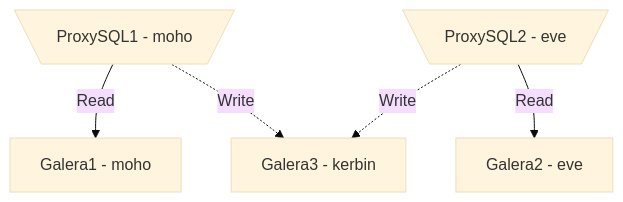
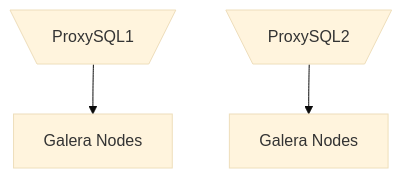
One commit to ckmjreynolds/MariaDB-Stack changed the diagram in README.md. Above: the diagram before and after it, drawn with Mermaid (base theme). The commit also changed other lines of this file and 6 other files, not shown here.

````diff
--- a/README.md
+++ b/README.md
@@ -5,14 +5,10 @@
 ```mermaid
 graph TD
-    proxysql1[\ProxySQL1 - moho/]
-    proxysql2[\ProxySQL2 - eve/]
+    proxysql1[\ProxySQL1/]
+    galera1[Galera Nodes]
+    proxysql1-->galera1
 
-    galera1[Galera1 - moho]
-    galera2[Galera2 - eve]
-    galera3[Galera3 - kerbin]
-
-    proxysql1 -->|Read|galera1
-    proxysql1 -.->|Write|galera3
-    proxysql2 -.->|Write|galera3
-    proxysql2 -->|Read|galera2
+    proxysql2[\ProxySQL2/]
+    galera2[Galera Nodes]
+    proxysql2-->galera2
 ```
````
